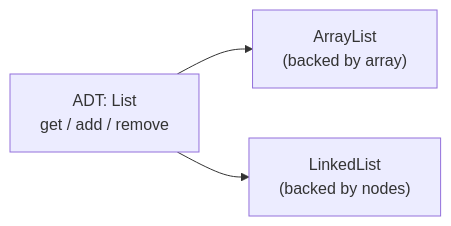
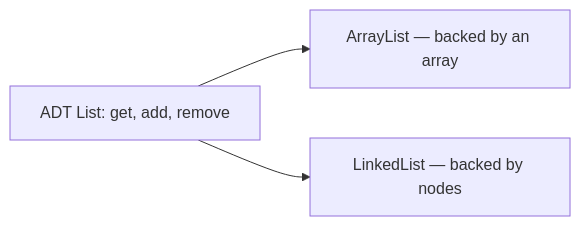
The second of 2 diagrams in src/modules/dsa/content/01-foundations/01-what-is-dsa.md (mohammad-mriesh-job/cortex), drawn with Mermaid before and after one commit. The commit also changed other lines of this file and 257 other files, not shown here.

````diff
--- a/src/modules/dsa/content/01-foundations/01-what-is-dsa.md
+++ b/src/modules/dsa/content/01-foundations/01-what-is-dsa.md
@@ -41,5 +41,5 @@
 ```mermaid
 flowchart LR
-  ADT["ADT: List<br/>get / add / remove"] --> I1["ArrayList<br/>(backed by array)"]
-  ADT --> I2["LinkedList<br/>(backed by nodes)"]
+  ADT["ADT List: get, add, remove"] --> I1["ArrayList — backed by an array"]
+  ADT --> I2["LinkedList — backed by nodes"]
 ```
````
